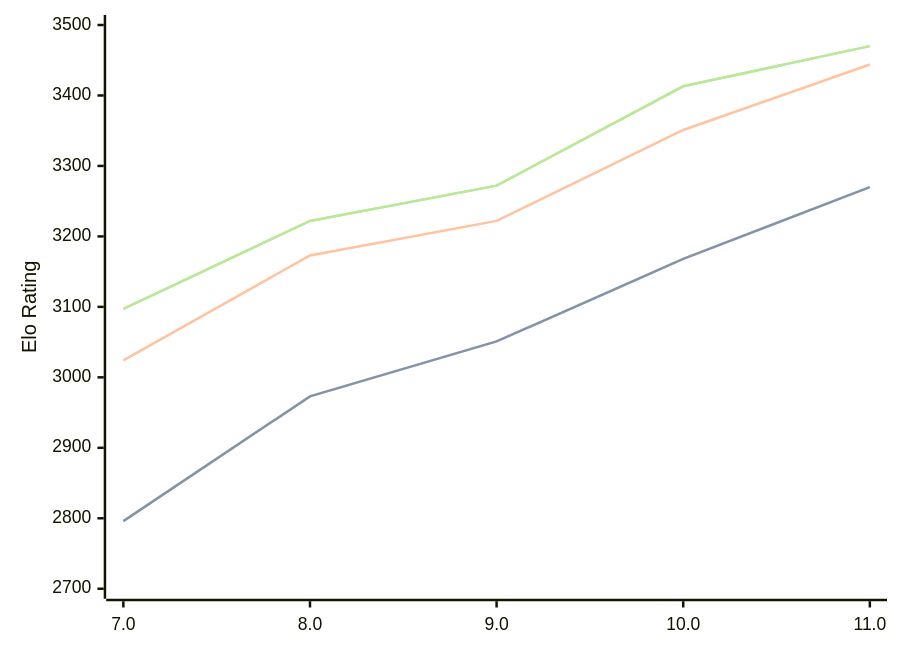
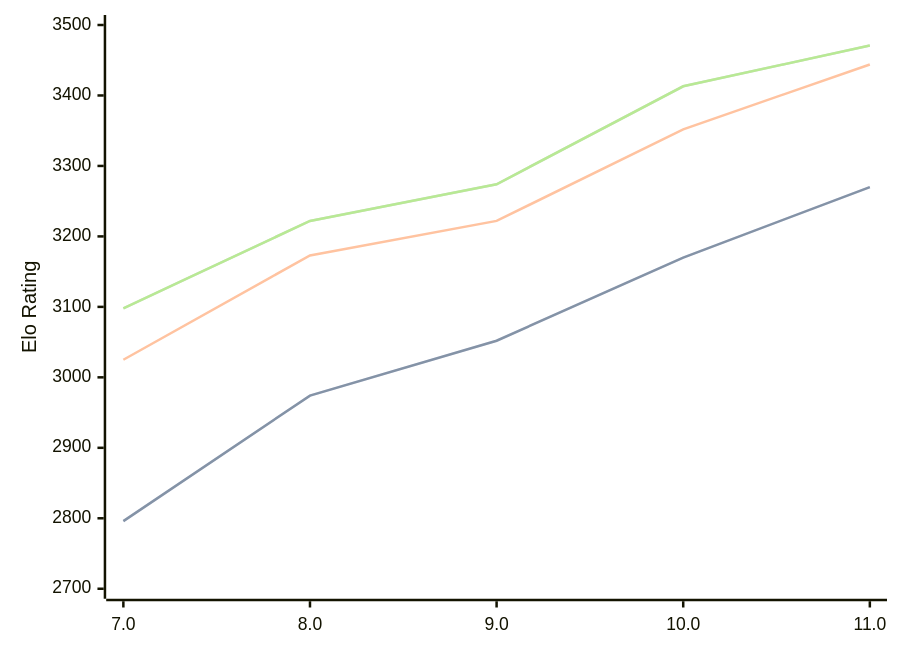
One commit to computer-chess-index/cci changed the diagram in engines/Tcheran.md. Above: the diagram before and after it, drawn with Mermaid. The commit also changed other lines of this file, not shown here.

Commit message:
Update CCI Ratings (ELO VLTC) - 2026-04-12

````diff
--- a/engines/Tcheran.md
+++ b/engines/Tcheran.md
@@ -49,11 +49,11 @@
 ```mermaid
 %%{init: {"theme":"base","themeVariables":{"seriesColors:['#a3a3a3','#222221','#faa371']}}}%%
 xychart-beta
   x-axis ["7.0", "8.0", "9.0", "10.0", "11.0"]
   y-axis "Elo Rating" 2700 --> 3500
-  line "STC (8.0+0.08s)" [2796, 2973, 3051, 3168, 3270]
-  line "STC (8.0+0.08s)" [2796, 2973, 3051, 3168, 3270]
-  line "LTC (60.0+0.60s)" [3024, 3173, 3222, 3351, 3444]
-  line "VLTC (2m24s+1.12s)" [3097, 3222, 3272, 3413, 3470]
-  line "VLTC (2m24s+1.12s)" [3097, 3222, 3272, 3413, 3470]
+  line "STC (8.0+0.08s)" [2796, 2974, 3052, 3170, 3270]
+  line "STC (8.0+0.08s)" [2796, 2974, 3052, 3170, 3270]
+  line "LTC (60.0+0.60s)" [3025, 3173, 3222, 3352, 3444]
+  line "VLTC (2m24s+1.12s)" [3098, 3222, 3274, 3413, 3471]
+  line "VLTC (2m24s+1.12s)" [3098, 3222, 3274, 3413, 3471]
 ```
````
